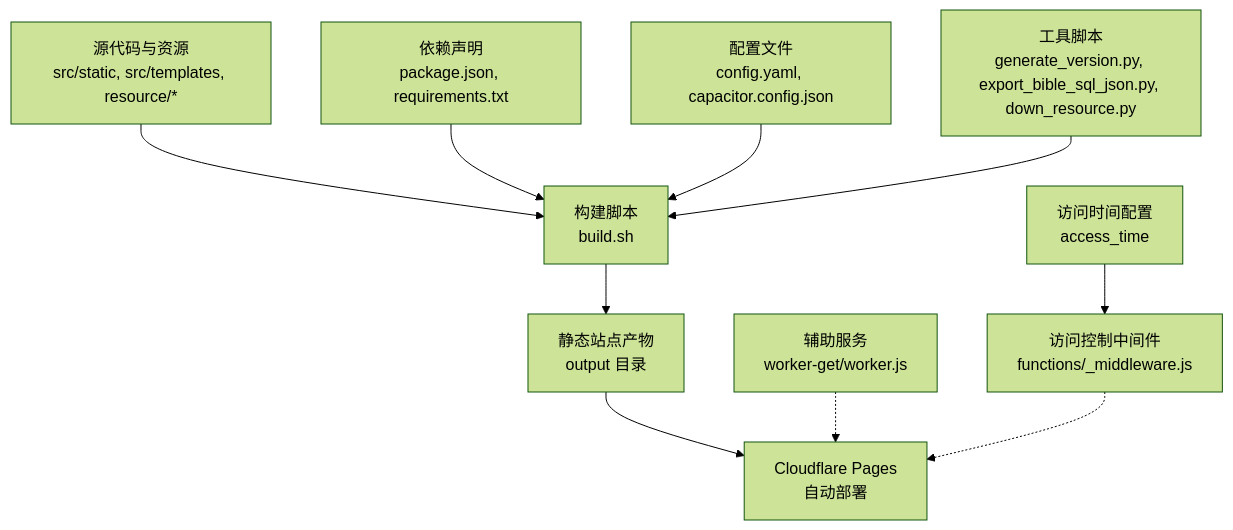
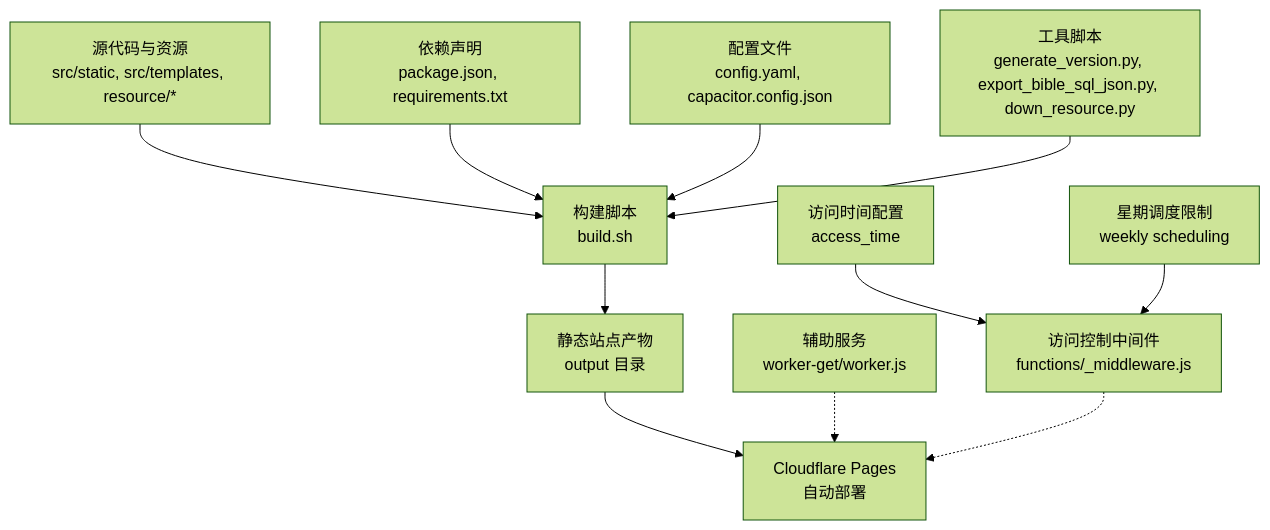
The first of 4 diagrams in .qoder/repowiki/zh/content/部署发布/Web部署.md (zhao-zg/cx), drawn with Mermaid (forest theme) before and after one commit. The commit also changed other lines of this file and 34 other files, not shown here.

````diff
--- a/.qoder/repowiki/zh/content/部署发布/Web部署.md
+++ b/.qoder/repowiki/zh/content/部署发布/Web部署.md
@@ -60,12 +61,13 @@
 ```mermaid
 graph TB
 A["源代码与资源<br/>src/static, src/templates, resource/*"] --> B["构建脚本<br/>build.sh"]
 B --> C["静态站点产物<br/>output 目录"]
 C --> D["Cloudflare Pages<br/>自动部署"]
 E["依赖声明<br/>package.json, requirements.txt"] --> B
 F["配置文件<br/>config.yaml, capacitor.config.json"] --> B
 G["工具脚本<br/>generate_version.py, export_bible_sql_json.py, down_resource.py"] --> B
 H["辅助服务<br/>worker-get/worker.js"] -.-> D
 I["访问控制中间件<br/>functions/_middleware.js"] -.-> D
 J["访问时间配置<br/>access_time"] --> I
+K["星期调度限制<br/>weekly scheduling"] --> I
 ```
````
